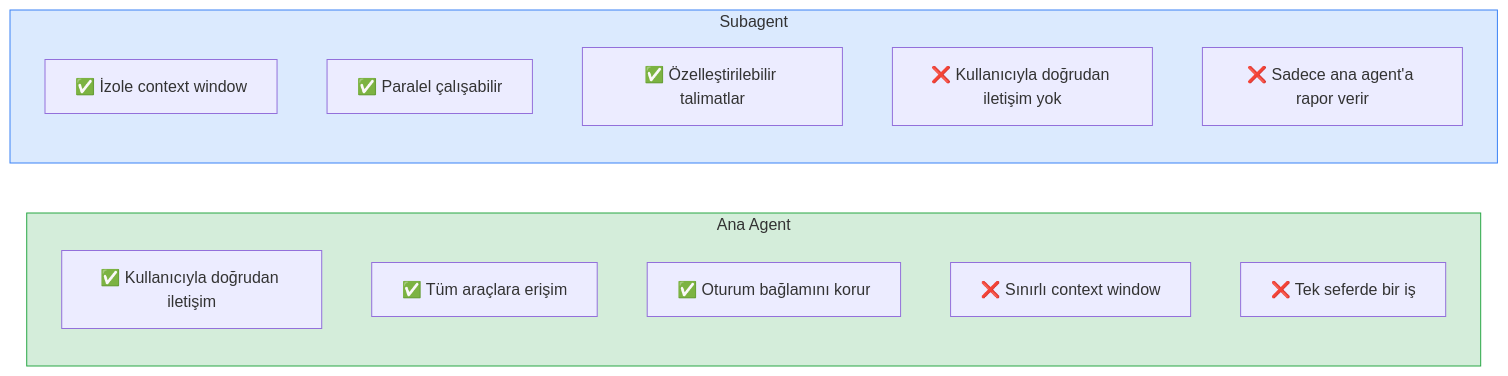
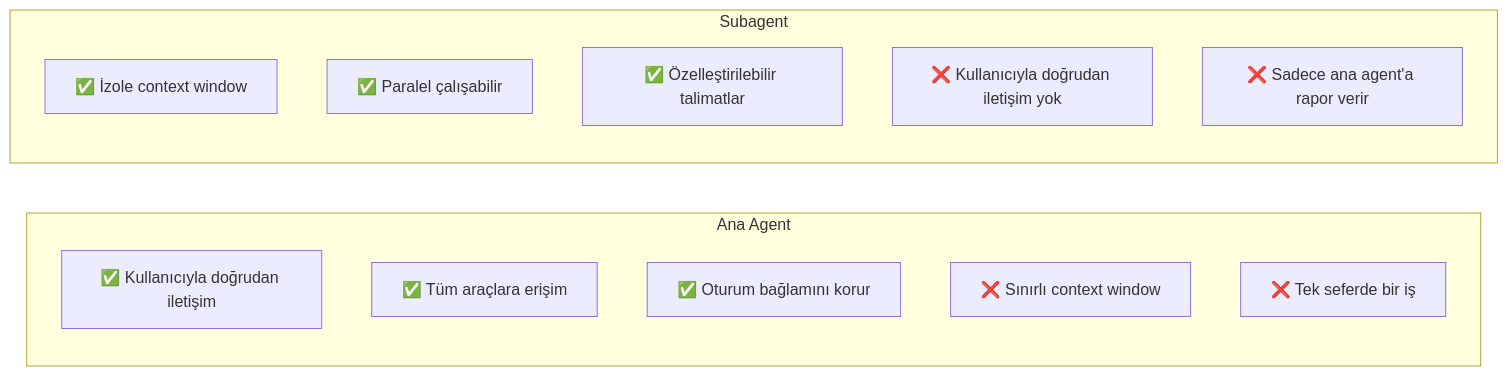
The eighth of 8 diagrams in 13-subagentlar-ve-agent-takimlari/01-subagent-nedir.md (IzzetYasinAtes/ClaudeCodeHandbook), drawn with Mermaid before and after one commit. The commit also changed other lines of this file and 97 other files, not shown here.

Commit message:
Remove all custom Mermaid style/fill colors from 98 markdown files for consistent dark theme rendering

````diff
--- a/13-subagentlar-ve-agent-takimlari/01-subagent-nedir.md
+++ b/13-subagentlar-ve-agent-takimlari/01-subagent-nedir.md
@@ -318,23 +302,21 @@
 ```mermaid
 flowchart LR
     subgraph parent_ctx ["Ana Agent"]
         direction TB
         PA["✅ Kullanıcıyla doğrudan iletişim"]
         PB["✅ Tüm araçlara erişim"]
         PC["✅ Oturum bağlamını korur"]
         PD["❌ Sınırlı context window"]
         PE["❌ Tek seferde bir iş"]
     end
 
     subgraph sub_ctx ["Subagent"]
         direction TB
         SA["✅ İzole context window"]
         SB["✅ Paralel çalışabilir"]
         SC["✅ Özelleştirilebilir talimatlar"]
         SD["❌ Kullanıcıyla doğrudan iletişim yok"]
         SE["❌ Sadece ana agent'a rapor verir"]
     end
 
-    style parent_ctx fill:#d4edda,stroke:#28a745
-    style sub_ctx fill:#dbeafe,stroke:#3b82f6
 ```
````
